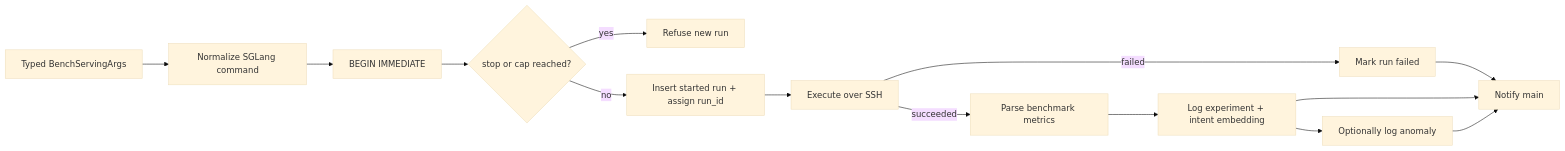
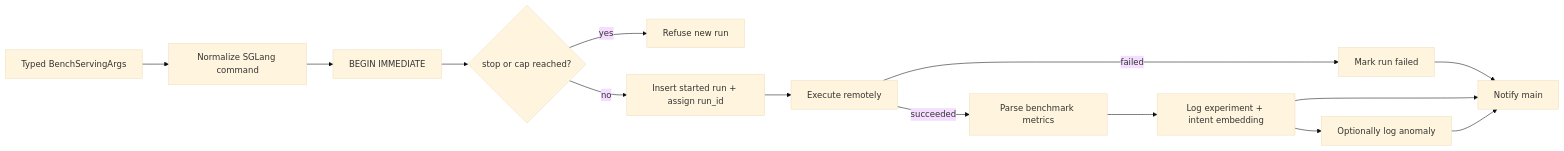
Before and after one commit to coder-2011/perferox: the fourth of 5 diagrams in structures.md, drawn with Mermaid (base theme). The commit also changed other lines of this file and 3 other files, not shown here.

````diff
--- a/structures.md
+++ b/structures.md
@@ -120,16 +120,16 @@
 ```mermaid
 flowchart LR
   args["Typed BenchServingArgs"] --> command["Normalize SGLang command"]
   command --> tx["BEGIN IMMEDIATE"]
   tx --> guard{"stop or cap reached?"}
   guard -->|"yes"| refuse["Refuse new run"]
   guard -->|"no"| row["Insert started run + assign run_id"]
-  row --> remote["Execute over SSH"]
+  row --> remote["Execute remotely"]
   remote -->|"failed"| failed["Mark run failed"]
   remote -->|"succeeded"| parse["Parse benchmark metrics"]
   parse --> experiment["Log experiment + intent embedding"]
   experiment --> anomaly["Optionally log anomaly"]
   failed --> notify["Notify main"]
   experiment --> notify
   anomaly --> notify
 ```
````
